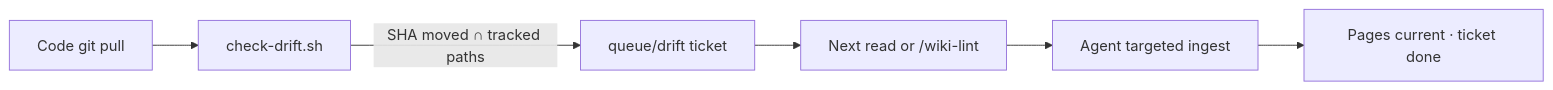
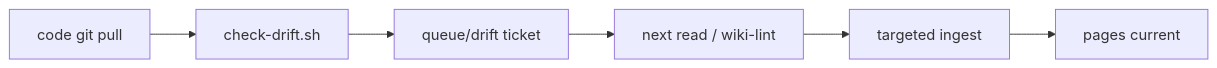
Before and after one commit to feeeeling/llm-wiki-skill: the diagram in README.md, drawn with Mermaid. The commit also changed other lines of this file and 3 other files, not shown here.

First line of the commit message:
Drop GitHub Pages landing; restyle README only

````diff
--- a/README.md
+++ b/README.md
@@ -47,8 +32,8 @@
 ```mermaid
 flowchart LR
-  A[Code git pull] --> B[check-drift.sh]
-  B -->|SHA moved ∩ tracked paths| C[queue/drift ticket]
-  C --> D[Next read or /wiki-lint]
-  D --> E[Agent targeted ingest]
-  E --> F[Pages current · ticket done]
+  A[code git pull] --> B[check-drift.sh]
+  B --> C[queue/drift ticket]
+  C --> D["next read / wiki-lint"]
+  D --> E[targeted ingest]
+  E --> F[pages current]
 ```
````
